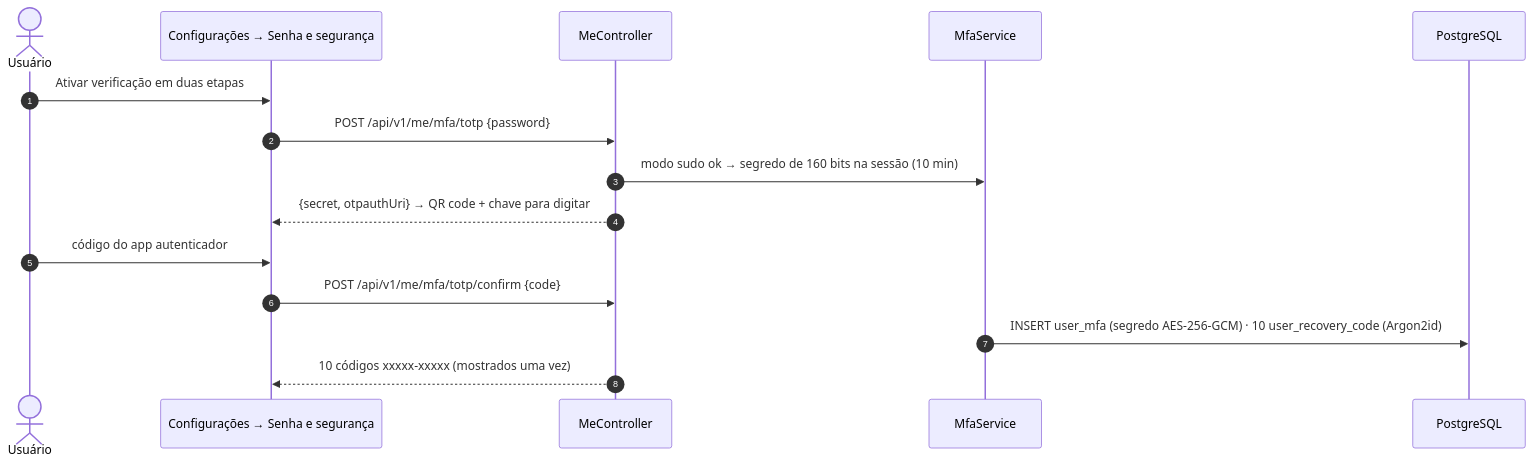
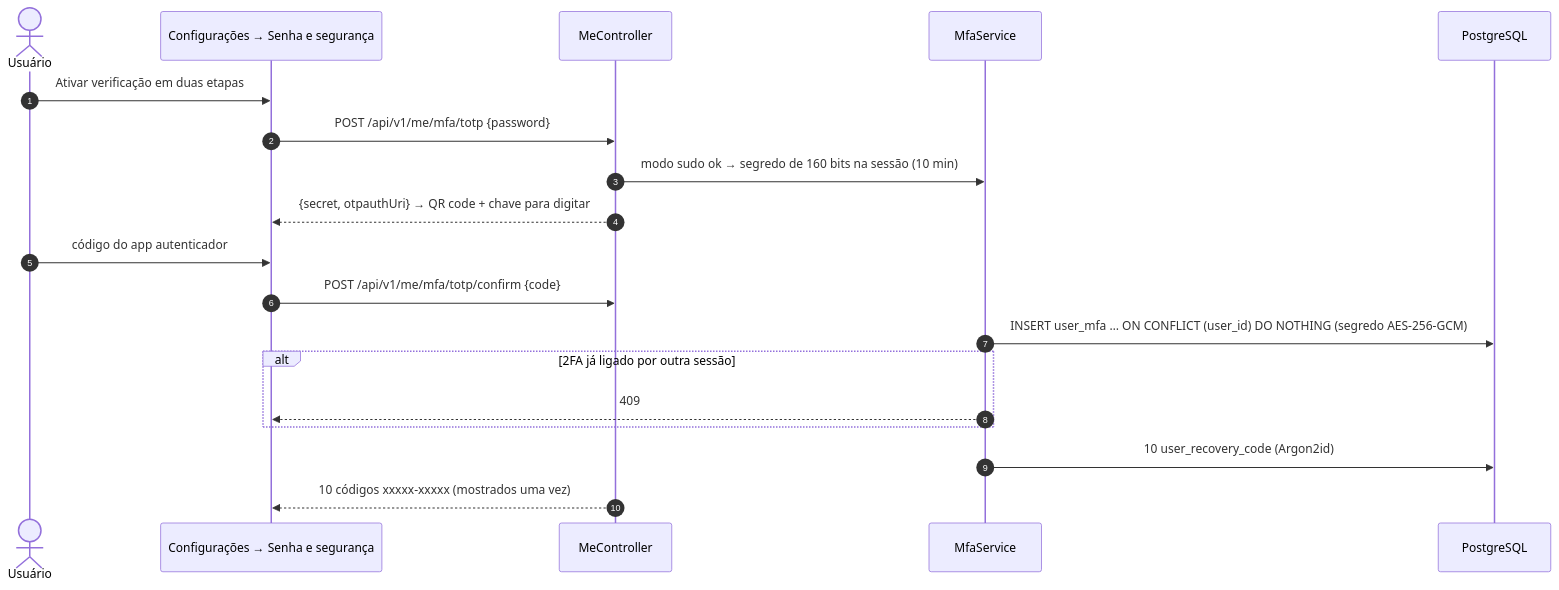
One commit to MatheusHaliski/Friendly-Eats changed the second of 2 diagrams in docs/RF4/sequencia.md. Above: the diagram before and after it, drawn with Mermaid. The commit also changed other lines of this file and 8 other files, not shown here.

````diff
--- a/docs/RF4/sequencia.md
+++ b/docs/RF4/sequencia.md
@@ -42,18 +46,22 @@
 ```mermaid
 sequenceDiagram
     autonumber
     actor U as Usuário
     participant APP as Configurações → Senha e segurança
     participant API as MeController
     participant M as MfaService
     participant DB as PostgreSQL
 
     U->>APP: Ativar verificação em duas etapas
     APP->>API: POST /api/v1/me/mfa/totp {password}
     API->>M: modo sudo ok → segredo de 160 bits na sessão (10 min)
     API-->>APP: {secret, otpauthUri} → QR code + chave para digitar
     U->>APP: código do app autenticador
     APP->>API: POST /api/v1/me/mfa/totp/confirm {code}
-    M->>DB: INSERT user_mfa (segredo AES-256-GCM) · 10 user_recovery_code (Argon2id)
+    M->>DB: INSERT user_mfa … ON CONFLICT (user_id) DO NOTHING (segredo AES-256-GCM)
+    alt 2FA já ligado por outra sessão
+        M-->>APP: 409
+    end
+    M->>DB: 10 user_recovery_code (Argon2id)
     API-->>APP: 10 códigos xxxxx-xxxxx (mostrados uma vez)
 ```
````
